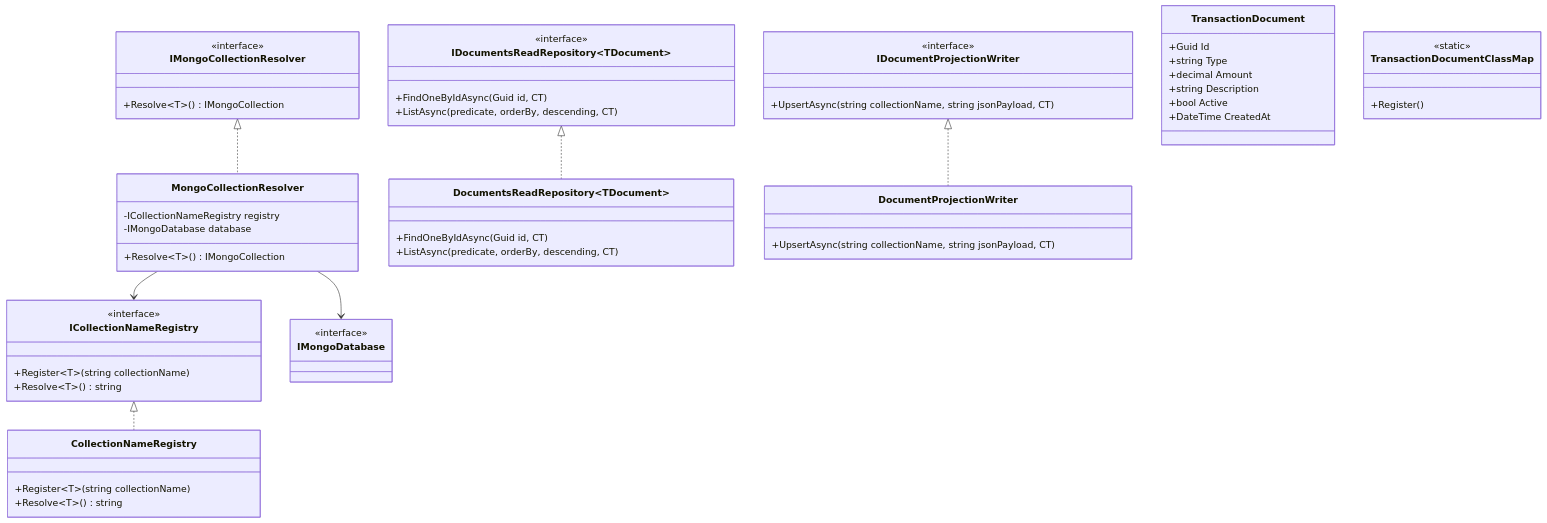
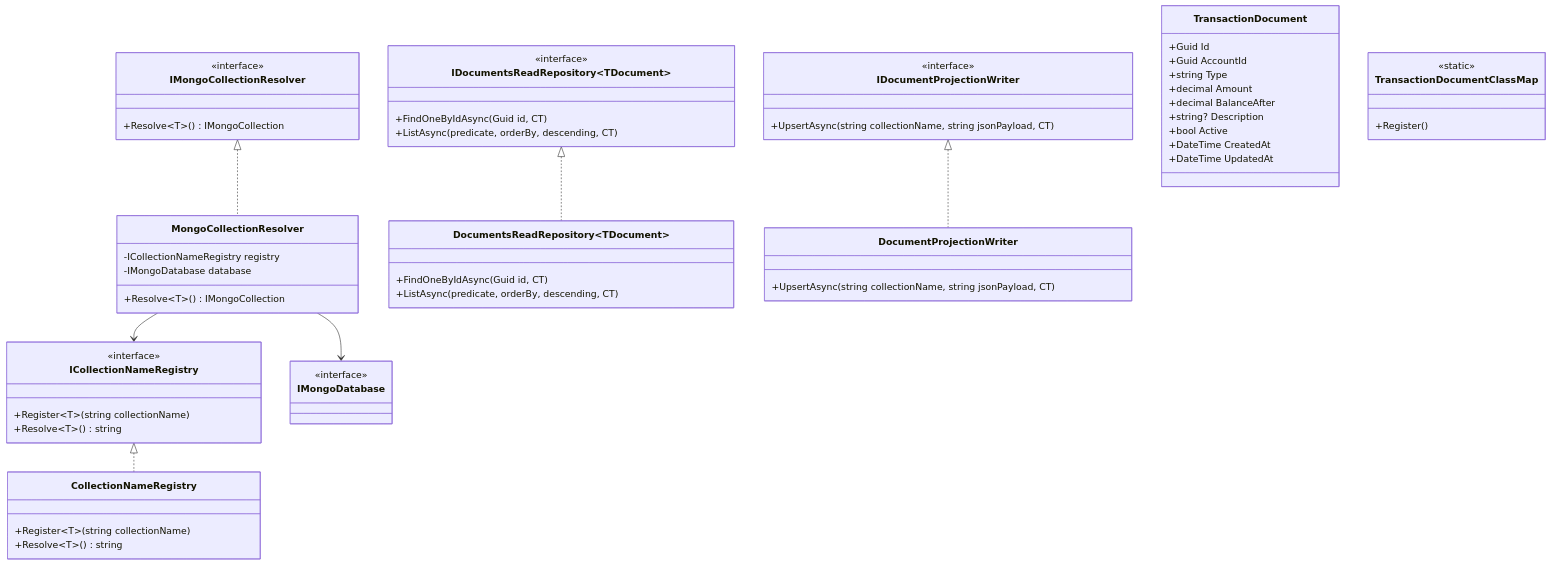
The first of 3 diagrams in docs/architecture/cashflow/layer-05-documents.md (filipececcon/arch-challenge), drawn with Mermaid before and after one commit. The commit also changed 38 other files, not shown here.

First line of the commit message:
Refactor Cashflow architecture docs for account aggregate and unified outbox

````diff
--- a/docs/architecture/cashflow/layer-05-documents.md
+++ b/docs/architecture/cashflow/layer-05-documents.md
@@ -40,70 +40,73 @@
 ```mermaid
 classDiagram
     class ICollectionNameRegistry {
         <<interface>>
         +Register~T~(string collectionName)
         +Resolve~T~() string
     }
 
     class CollectionNameRegistry {
         +Register~T~(string collectionName)
         +Resolve~T~() string
     }
 
     class IMongoCollectionResolver {
         <<interface>>
         +Resolve~T~() IMongoCollection
     }
 
     class IMongoDatabase {
         <<interface>>
     }
 
     class MongoCollectionResolver {
         -ICollectionNameRegistry registry
         -IMongoDatabase database
         +Resolve~T~() IMongoCollection
     }
 
     class IDocumentsReadRepository~TDocument~ {
         <<interface>>
         +FindOneByIdAsync(Guid id, CT)
         +ListAsync(predicate, orderBy, descending, CT)
     }
 
     class DocumentsReadRepository~TDocument~ {
         +FindOneByIdAsync(Guid id, CT)
         +ListAsync(predicate, orderBy, descending, CT)
     }
 
     class IDocumentProjectionWriter {
         <<interface>>
         +UpsertAsync(string collectionName, string jsonPayload, CT)
     }
 
     class DocumentProjectionWriter {
         +UpsertAsync(string collectionName, string jsonPayload, CT)
     }
 
     class TransactionDocument {
         +Guid Id
+        +Guid AccountId
         +string Type
         +decimal Amount
-        +string Description
+        +decimal BalanceAfter
+        +string? Description
         +bool Active
         +DateTime CreatedAt
+        +DateTime UpdatedAt
     }
 
     class TransactionDocumentClassMap {
         <<static>>
         +Register()
     }
 
     ICollectionNameRegistry <|.. CollectionNameRegistry
     IMongoCollectionResolver <|.. MongoCollectionResolver
     MongoCollectionResolver --> ICollectionNameRegistry
     MongoCollectionResolver --> IMongoDatabase
 
     IDocumentsReadRepository~TDocument~ <|.. DocumentsReadRepository~TDocument~
     IDocumentProjectionWriter <|.. DocumentProjectionWriter
 ```
````
